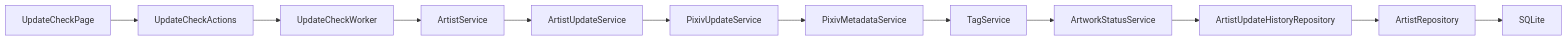
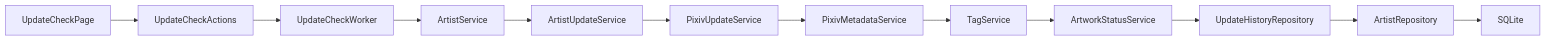
Before and after one commit to PKT0623/PixivLocalManager: the ninth of 24 diagrams in docs/07_ARCHITECTURE.md, drawn with Mermaid. The commit also changed other lines of this file and 10 other files, not shown here.

Commit message:
docs: update V2 completion status and V3 roadmap

````diff
--- a/docs/07_ARCHITECTURE.md
+++ b/docs/07_ARCHITECTURE.md
@@ -477,16 +467,16 @@
 ```mermaid
 flowchart LR
 
 UpdateCheckPage
 --> UpdateCheckActions
 --> UpdateCheckWorker
 --> ArtistService
 --> ArtistUpdateService
 --> PixivUpdateService
 --> PixivMetadataService
 --> TagService
 --> ArtworkStatusService
---> ArtistUpdateHistoryRepository
+--> UpdateHistoryRepository
 --> ArtistRepository
 --> SQLite
 ```
````
